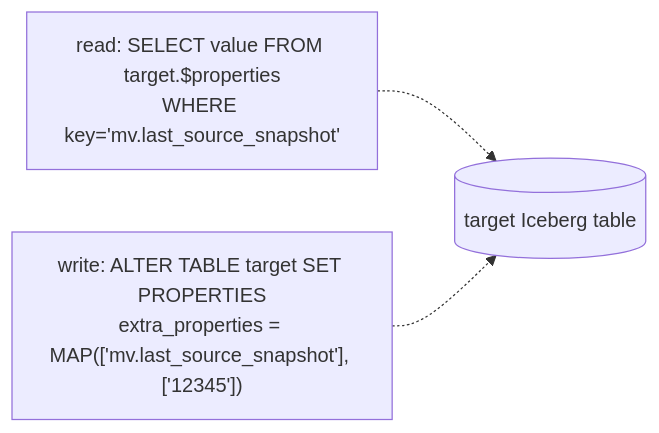
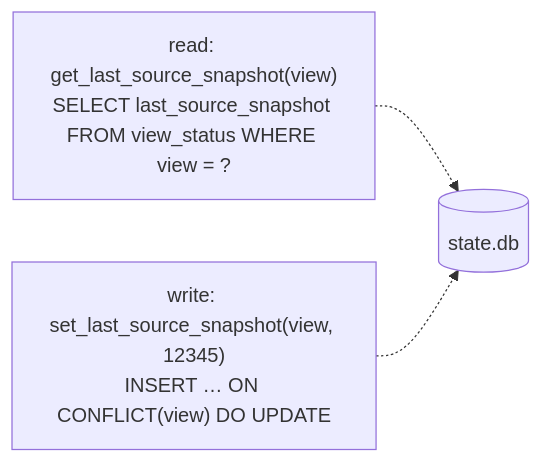
Before and after one commit to jonasbrami/iceberg-ivm: the eighth of 11 diagrams in LEARNING_GUIDE.md, drawn with Mermaid. The commit also changed other lines of this file and 15 other files, not shown here.

First line of the commit message:
refactor: move source-snapshot bookmark from Iceberg properties to SQLite

````diff
--- a/LEARNING_GUIDE.md
+++ b/LEARNING_GUIDE.md
@@ -288,7 +287,7 @@
 ```mermaid
 flowchart LR
-    R["read: SELECT value FROM target.$properties<br/>WHERE key='mv.last_source_snapshot'"]
-    W["write: ALTER TABLE target SET PROPERTIES<br/>extra_properties = MAP(['mv.last_source_snapshot'], ['12345'])"]
-    R -.-> Iceberg[("target Iceberg table")]
-    W -.-> Iceberg
+    R["read: get_last_source_snapshot(view)<br/>SELECT last_source_snapshot FROM view_status WHERE view = ?"]
+    W["write: set_last_source_snapshot(view, 12345)<br/>INSERT … ON CONFLICT(view) DO UPDATE"]
+    R -.-> SQLite[("state.db")]
+    W -.-> SQLite
 ```
````
